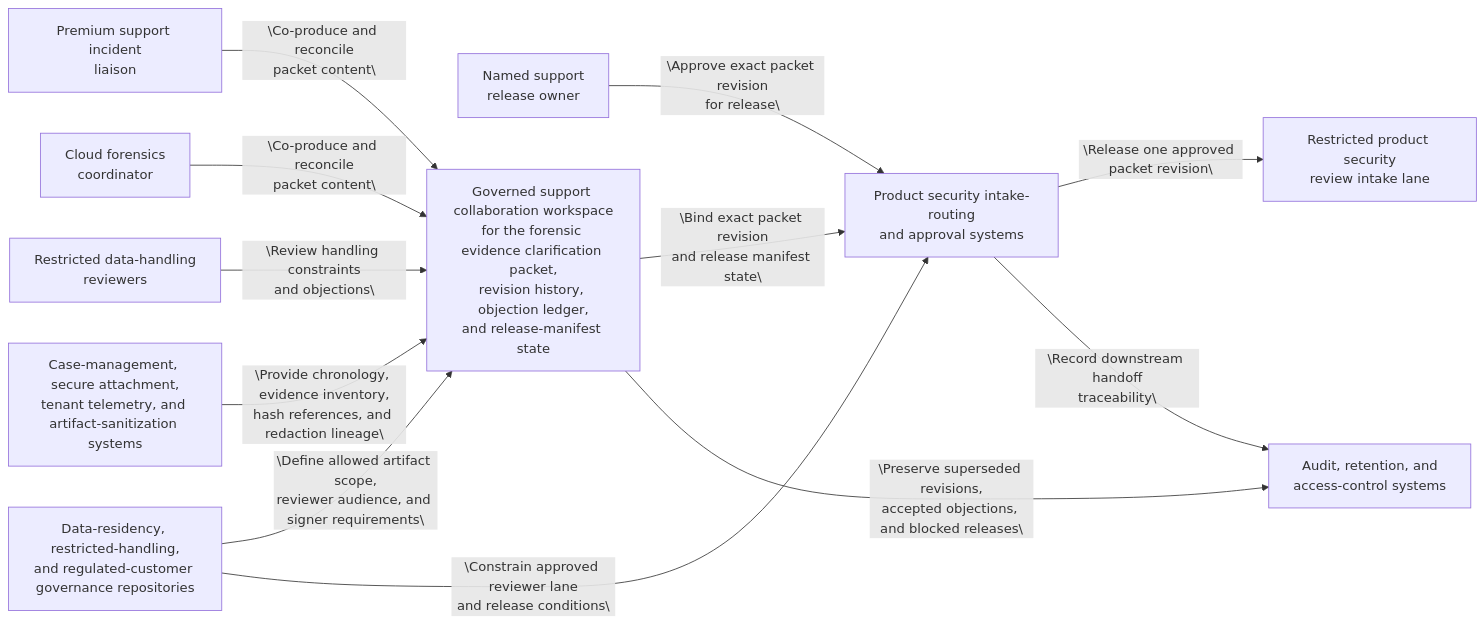
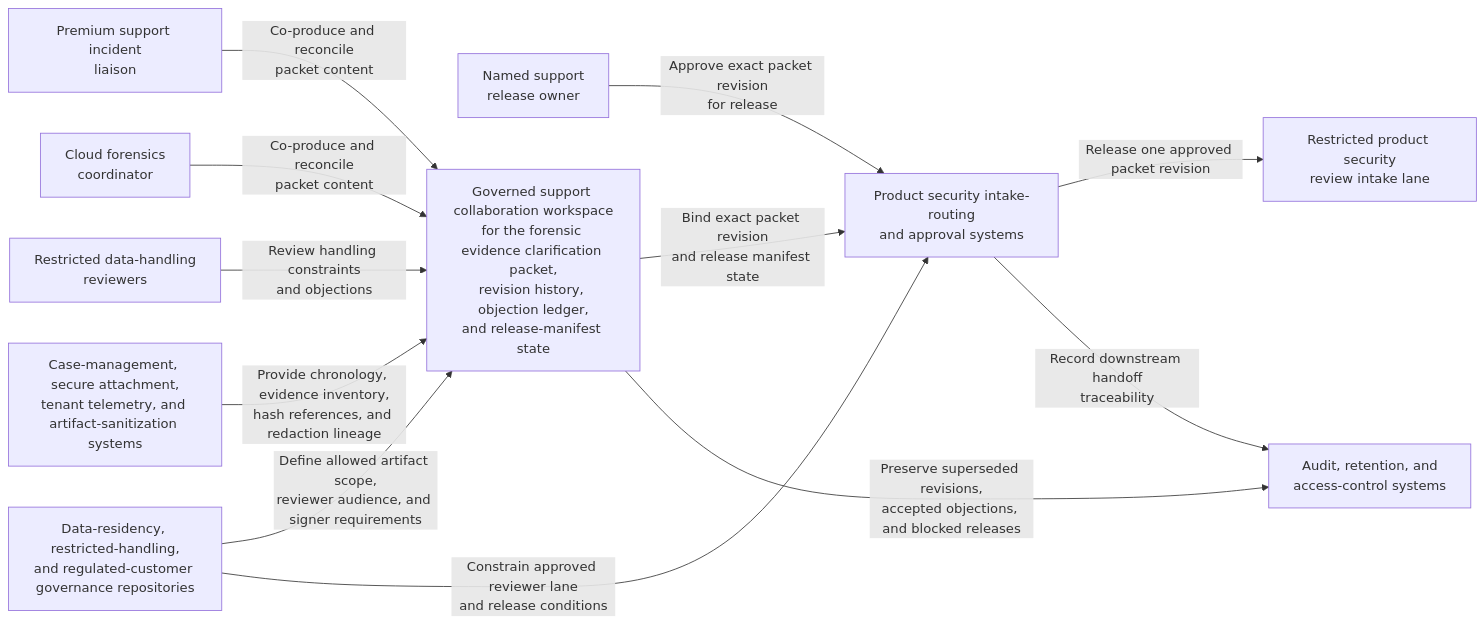
The second of 2 diagrams in instances/support/regulated-customer-forensic-evidence-clarification-packet-approved-for-restricted-product-security-review-intake.md (rmax-ai/agentic-workflows), drawn with Mermaid before and after one commit.

Commit message:
Fix Mermaid labels in forensic clarification diagram

````diff
--- a/instances/support/regulated-customer-forensic-evidence-clarification-packet-approved-for-restricted-product-security-review-intake.md
+++ b/instances/support/regulated-customer-forensic-evidence-clarification-packet-approved-for-restricted-product-security-review-intake.md
@@ -41,25 +41,25 @@
 ```mermaid
 flowchart LR
     A["Premium support incident<br>liaison"]
     B["Cloud forensics<br>coordinator"]
     C["Restricted data-handling<br>reviewers"]
     D["Named support<br>release owner"]
     E["Governed support collaboration workspace<br>for the forensic evidence clarification packet,<br>revision history, objection ledger,<br>and release-manifest state"]
     F["Case-management, secure attachment,<br>tenant telemetry, and artifact-sanitization systems"]
     G["Data-residency, restricted-handling,<br>and regulated-customer governance repositories"]
     H["Product security intake-routing<br>and approval systems"]
     I["Restricted product security<br>review intake lane"]
     J["Audit, retention, and<br>access-control systems"]
 
-    A -->|"\"Co-produce and reconcile<br>packet content\""| E
-    B -->|"\"Co-produce and reconcile<br>packet content\""| E
-    C -->|"\"Review handling constraints<br>and objections\""| E
-    D -->|"\"Approve exact packet revision<br>for release\""| H
-    F -->|"\"Provide chronology, evidence inventory,<br>hash references, and redaction lineage\""| E
-    G -->|"\"Define allowed artifact scope,<br>reviewer audience, and signer requirements\""| E
-    G -->|"\"Constrain approved reviewer lane<br>and release conditions\""| H
-    E -->|"\"Bind exact packet revision<br>and release manifest state\""| H
-    H -->|"\"Release one approved packet revision\""| I
-    E -->|"\"Preserve superseded revisions,<br>accepted objections, and blocked releases\""| J
-    H -->|"\"Record downstream handoff<br>traceability\""| J
+    A -->|"Co-produce and reconcile<br>packet content"| E
+    B -->|"Co-produce and reconcile<br>packet content"| E
+    C -->|"Review handling constraints<br>and objections"| E
+    D -->|"Approve exact packet revision<br>for release"| H
+    F -->|"Provide chronology, evidence inventory,<br>hash references, and redaction lineage"| E
+    G -->|"Define allowed artifact scope,<br>reviewer audience, and signer requirements"| E
+    G -->|"Constrain approved reviewer lane<br>and release conditions"| H
+    E -->|"Bind exact packet revision<br>and release manifest state"| H
+    H -->|"Release one approved packet revision"| I
+    E -->|"Preserve superseded revisions,<br>accepted objections, and blocked releases"| J
+    H -->|"Record downstream handoff<br>traceability"| J
 ```
````
